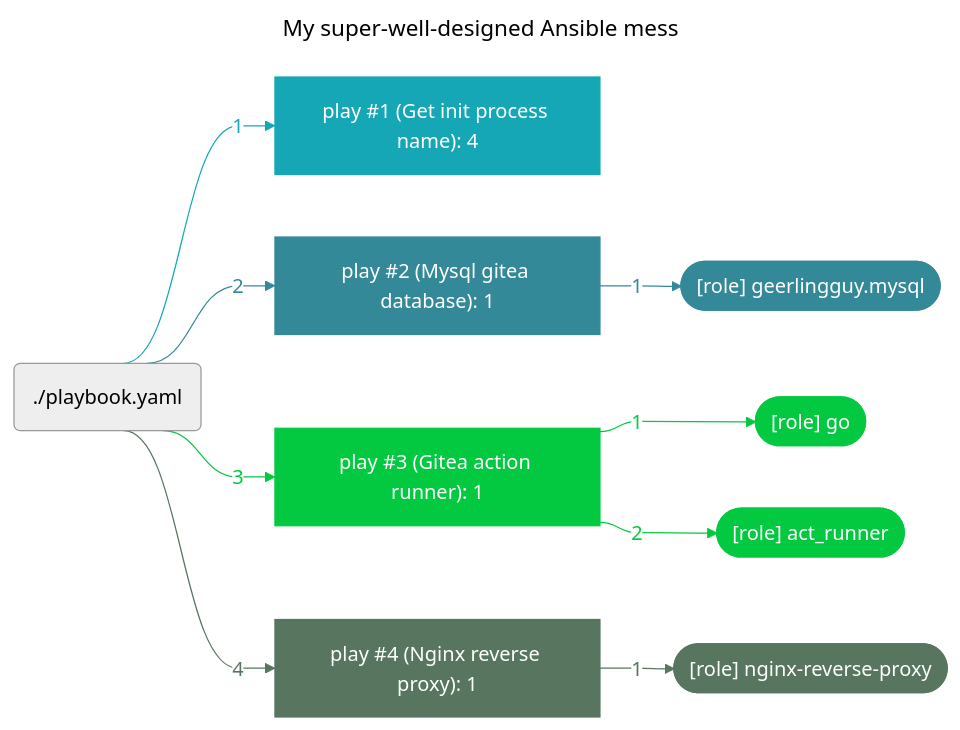
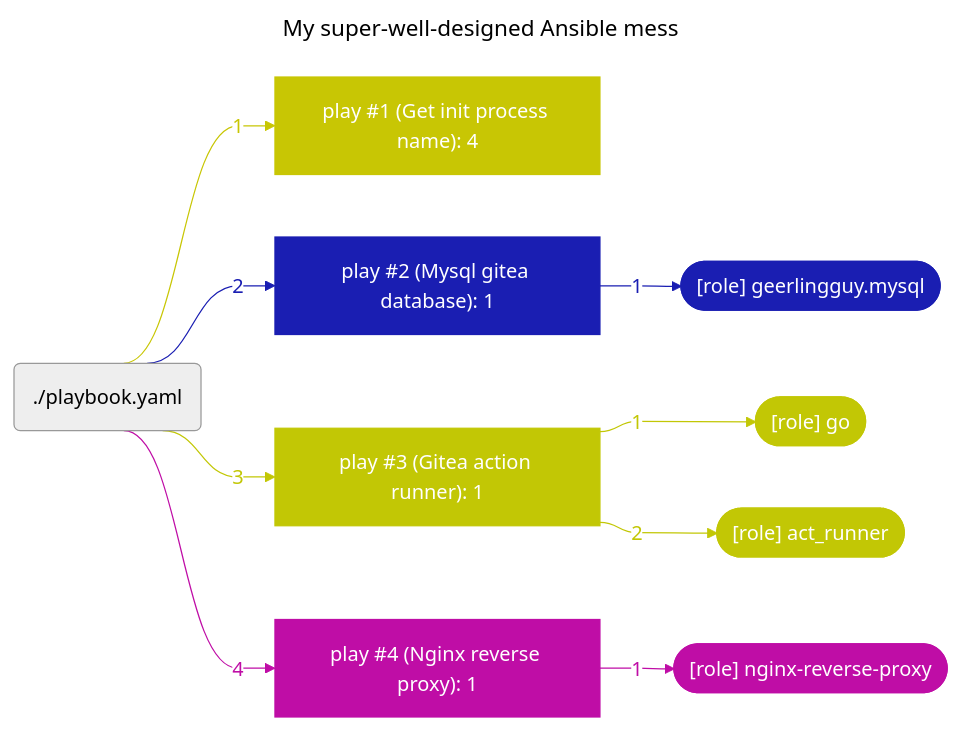
One commit to boyreau/boyreau changed the diagram in README.md. Above: the diagram before and after it, drawn with Mermaid (neutral theme).

Commit message:
profile graph automatic update

````diff
--- a/README.md
+++ b/README.md
@@ -48,59 +48,59 @@
 ```mermaid
 ---
 title: "My super-well-designed Ansible mess"
 ---
 %%{ init: { "flowchart": { "curve": "bumpX" } } }%%
 flowchart LR
 	%% Start of the playbook './playbook.yaml'
-	playbook_90361684("./playbook.yaml")
+	playbook_1850d60d("./playbook.yaml")
 		%% Start of the play 'play #1 (Get init process name): 4'
-		play_d88f6aa0["play #1 (Get init process name): 4"]
-		style play_d88f6aa0 stroke:#16a7b6,fill:#16a7b6,color:#ffffff
-		playbook_90361684 --> |"1"| play_d88f6aa0
-		linkStyle 0 stroke:#16a7b6,color:#16a7b6
+		play_564159c9["play #1 (Get init process name): 4"]
+		style play_564159c9 stroke:#c8c604,fill:#c8c604,color:#ffffff
+		playbook_1850d60d --> |"1"| play_564159c9
+		linkStyle 0 stroke:#c8c604,color:#c8c604
 		%% End of the play 'play #1 (Get init process name): 4'
 		%% Start of the play 'play #2 (Mysql gitea database): 1'
-		play_80ffd5fb["play #2 (Mysql gitea database): 1"]
-		style play_80ffd5fb stroke:#348998,fill:#348998,color:#ffffff
-		playbook_90361684 --> |"2"| play_80ffd5fb
-		linkStyle 1 stroke:#348998,color:#348998
+		play_3fe2b7e2["play #2 (Mysql gitea database): 1"]
+		style play_3fe2b7e2 stroke:#1a1eb2,fill:#1a1eb2,color:#ffffff
+		playbook_1850d60d --> |"2"| play_3fe2b7e2
+		linkStyle 1 stroke:#1a1eb2,color:#1a1eb2
 			%% Start of the role '[role] geerlingguy.mysql'
-			play_80ffd5fb --> |"1 "| role_0b6b4a30
-			linkStyle 2 stroke:#348998,color:#348998
-			role_0b6b4a30(["[role] geerlingguy.mysql"])
-			style role_0b6b4a30 fill:#348998,color:#ffffff,stroke:#348998
+			play_3fe2b7e2 --> |"1 "| role_79d39041
+			linkStyle 2 stroke:#1a1eb2,color:#1a1eb2
+			role_79d39041(["[role] geerlingguy.mysql"])
+			style role_79d39041 fill:#1a1eb2,color:#ffffff,stroke:#1a1eb2
 			%% End of the role '[role] geerlingguy.mysql'
 		%% End of the play 'play #2 (Mysql gitea database): 1'
 		%% Start of the play 'play #3 (Gitea action runner): 1'
-		play_46cd6bd6["play #3 (Gitea action runner): 1"]
-		style play_46cd6bd6 stroke:#03c940,fill:#03c940,color:#ffffff
-		playbook_90361684 --> |"3"| play_46cd6bd6
-		linkStyle 3 stroke:#03c940,color:#03c940
+		play_915a83be["play #3 (Gitea action runner): 1"]
+		style play_915a83be stroke:#c2c705,fill:#c2c705,color:#ffffff
+		playbook_1850d60d --> |"3"| play_915a83be
+		linkStyle 3 stroke:#c2c705,color:#c2c705
 			%% Start of the role '[role] go'
-			play_46cd6bd6 --> |"1 "| role_0ff4c388
-			linkStyle 4 stroke:#03c940,color:#03c940
-			role_0ff4c388(["[role] go"])
-			style role_0ff4c388 fill:#03c940,color:#ffffff,stroke:#03c940
+			play_915a83be --> |"1 "| role_bc85eb9c
+			linkStyle 4 stroke:#c2c705,color:#c2c705
+			role_bc85eb9c(["[role] go"])
+			style role_bc85eb9c fill:#c2c705,color:#ffffff,stroke:#c2c705
 			%% End of the role '[role] go'
 			%% Start of the role '[role] act_runner'
-			play_46cd6bd6 --> |"2 "| role_d20c53b4
-			linkStyle 5 stroke:#03c940,color:#03c940
-			role_d20c53b4(["[role] act_runner"])
-			style role_d20c53b4 fill:#03c940,color:#ffffff,stroke:#03c940
+			play_915a83be --> |"2 "| role_d35d1a18
+			linkStyle 5 stroke:#c2c705,color:#c2c705
+			role_d35d1a18(["[role] act_runner"])
+			style role_d35d1a18 fill:#c2c705,color:#ffffff,stroke:#c2c705
 			%% End of the role '[role] act_runner'
 		%% End of the play 'play #3 (Gitea action runner): 1'
 		%% Start of the play 'play #4 (Nginx reverse proxy): 1'
-		play_c226a73e["play #4 (Nginx reverse proxy): 1"]
-		style play_c226a73e stroke:#57755f,fill:#57755f,color:#ffffff
-		playbook_90361684 --> |"4"| play_c226a73e
-		linkStyle 6 stroke:#57755f,color:#57755f
+		play_6bf47ea1["play #4 (Nginx reverse proxy): 1"]
+		style play_6bf47ea1 stroke:#bf0da6,fill:#bf0da6,color:#ffffff
+		playbook_1850d60d --> |"4"| play_6bf47ea1
+		linkStyle 6 stroke:#bf0da6,color:#bf0da6
 			%% Start of the role '[role] nginx-reverse-proxy'
-			play_c226a73e --> |"1 "| role_765411cd
-			linkStyle 7 stroke:#57755f,color:#57755f
-			role_765411cd(["[role] nginx-reverse-proxy"])
-			style role_765411cd fill:#57755f,color:#ffffff,stroke:#57755f
+			play_6bf47ea1 --> |"1 "| role_cc9dbc68
+			linkStyle 7 stroke:#bf0da6,color:#bf0da6
+			role_cc9dbc68(["[role] nginx-reverse-proxy"])
+			style role_cc9dbc68 fill:#bf0da6,color:#ffffff,stroke:#bf0da6
 			%% End of the role '[role] nginx-reverse-proxy'
 		%% End of the play 'play #4 (Nginx reverse proxy): 1'
 	%% End of the playbook './playbook.yaml'
 
 ```
````
